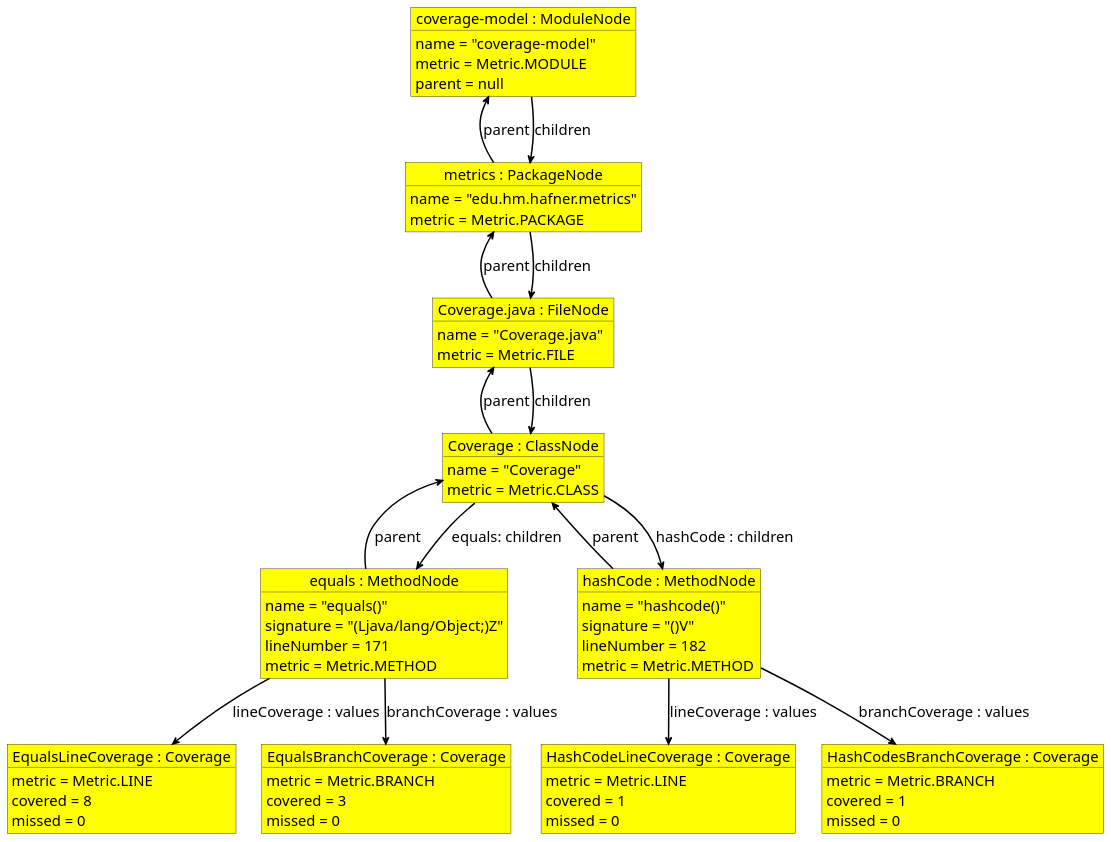
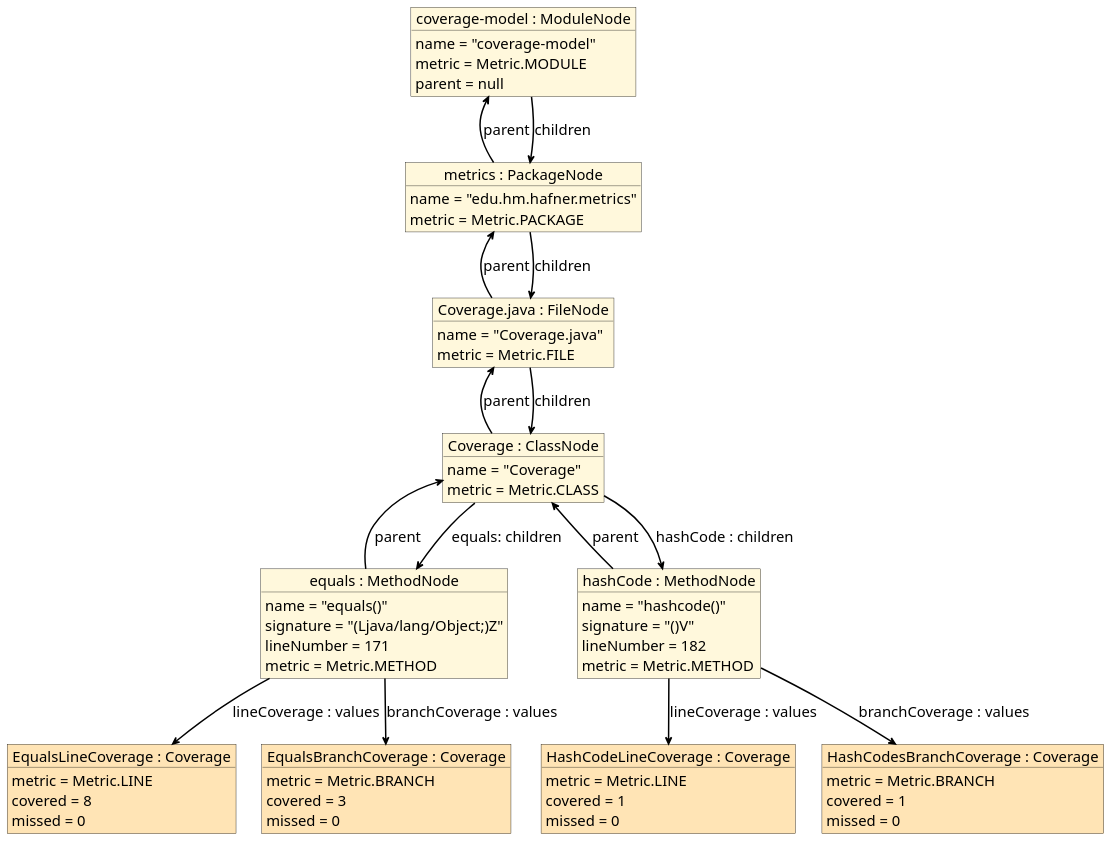
One commit to jenkinsci/coverage-model changed the diagram in doc/objects-tree-of-nodes.puml. Above: the diagram before and after it, drawn with PlantUML. The commit also changed 8 other files, not shown here.

Commit message:
Update UML diagrams to reflect the changes in the module.

```diff
--- a/doc/objects-tree-of-nodes.puml
+++ b/doc/objects-tree-of-nodes.puml
@@ -1,100 +1,103 @@
 @startuml
 
 skinparam object {
   BackgroundColor #yellow
   BorderColor #a0a0a0
+  BackgroundColor<<Nodes>> cornsilk
+  BackgroundColor<<Values>> moccasin
   BorderColor black
   ArrowColor black
   FontName  Arial Unicode MS
   FontSize 20
 }
 
 skinparam classFontSize 24
 skinparam classAttributeIconSize 0
 skinparam defaultFontSize 20
 
 skinparam ArrowColor black
 skinparam ArrowThickness 2
 
 hide circle
+hide stereotype
 
-object "coverage-model : ModuleNode" as ModuleNode {
+object "coverage-model : ModuleNode" as ModuleNode <<Nodes>> {
   name = "coverage-model"
   metric = Metric.MODULE
   parent = null
 }
 
-object "metrics : PackageNode" as PackageNode {
+object "metrics : PackageNode" as PackageNode <<Nodes>> {
   name = "edu.hm.hafner.metrics"
   metric = Metric.PACKAGE
 }
 
-object "Coverage.java : FileNode" as FileNode {
+object "Coverage.java : FileNode" as FileNode <<Nodes>> {
   name = "Coverage.java"
   metric = Metric.FILE
 }
 
-object "Coverage : ClassNode" as ClassNode {
+object "Coverage : ClassNode" as ClassNode <<Nodes>> {
   name = "Coverage"
   metric = Metric.CLASS
 }
 
-object "equals : MethodNode" as EqualsMethodNode {
+object "equals : MethodNode" as EqualsMethodNode <<Nodes>> {
   name = "equals()"
   signature = "(Ljava/lang/Object;)Z"
   lineNumber = 171
   metric = Metric.METHOD
 }
 
-object "hashCode : MethodNode" as HashCodeMethodNode {
+object "hashCode : MethodNode" as HashCodeMethodNode <<Nodes>> {
   name = "hashcode()"
   signature = "()V"
   lineNumber = 182
   metric = Metric.METHOD
 }
 
-object "EqualsLineCoverage : Coverage" as EqualsLineCoverage {
+object "EqualsLineCoverage : Coverage" as EqualsLineCoverage <<Values>> {
   metric = Metric.LINE
   covered = 8
   missed = 0
 }
 
-object "EqualsBranchCoverage : Coverage" as EqualsBranchCoverage {
+object "EqualsBranchCoverage : Coverage" as EqualsBranchCoverage <<Values>> {
   metric = Metric.BRANCH
   covered = 3
   missed = 0
 }
 
-object "HashCodeLineCoverage : Coverage" as HashCodeLineCoverage {
+object "HashCodeLineCoverage : Coverage" as HashCodeLineCoverage <<Values>> {
   metric = Metric.LINE
   covered = 1
   missed = 0
 }
 
-object "HashCodesBranchCoverage : Coverage" as HashCodeBranchCoverage {
+object "HashCodesBranchCoverage : Coverage" as HashCodeBranchCoverage <<Values>> {
   metric = Metric.BRANCH
   covered = 1
   missed = 0
 }
 
 PackageNode -u-> ModuleNode : parent
 ModuleNode -d-> PackageNode : children
 
 FileNode -u-> PackageNode : parent
 PackageNode -d-> FileNode : children
 
 ClassNode -u-> FileNode : parent
 FileNode -d-> ClassNode : children
 
 HashCodeMethodNode -u-> ClassNode : parent
 EqualsMethodNode -u-> ClassNode : parent
 ClassNode -d-> HashCodeMethodNode : hashCode : children
 ClassNode -d-> EqualsMethodNode : equals: children
 
 HashCodeMethodNode --> HashCodeLineCoverage : lineCoverage : values
 HashCodeMethodNode --> HashCodeBranchCoverage : branchCoverage : values
 
 EqualsMethodNode --> EqualsLineCoverage : lineCoverage : values
 EqualsMethodNode --> EqualsBranchCoverage : branchCoverage : values
 
 @enduml
```
